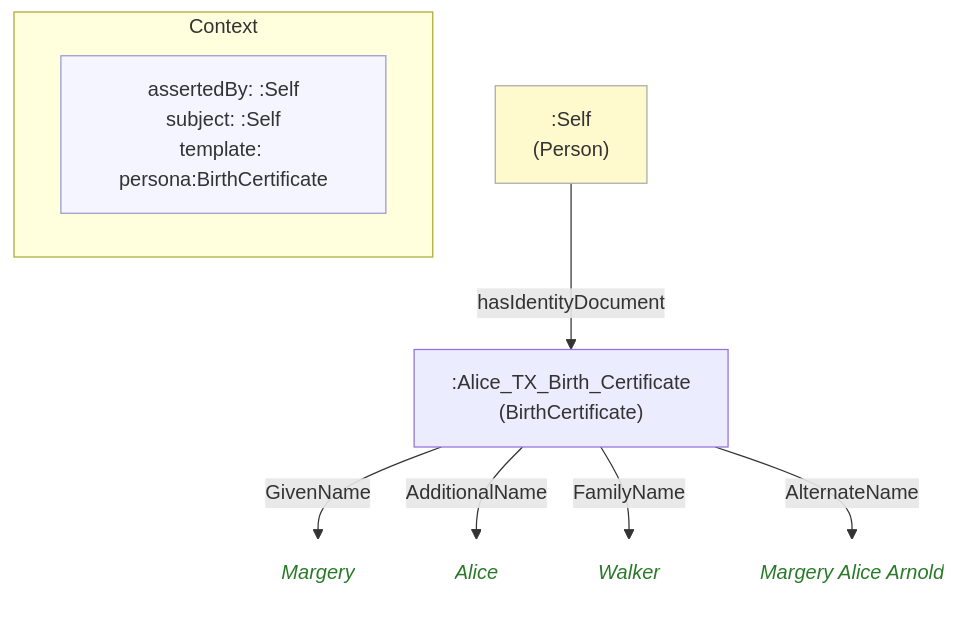
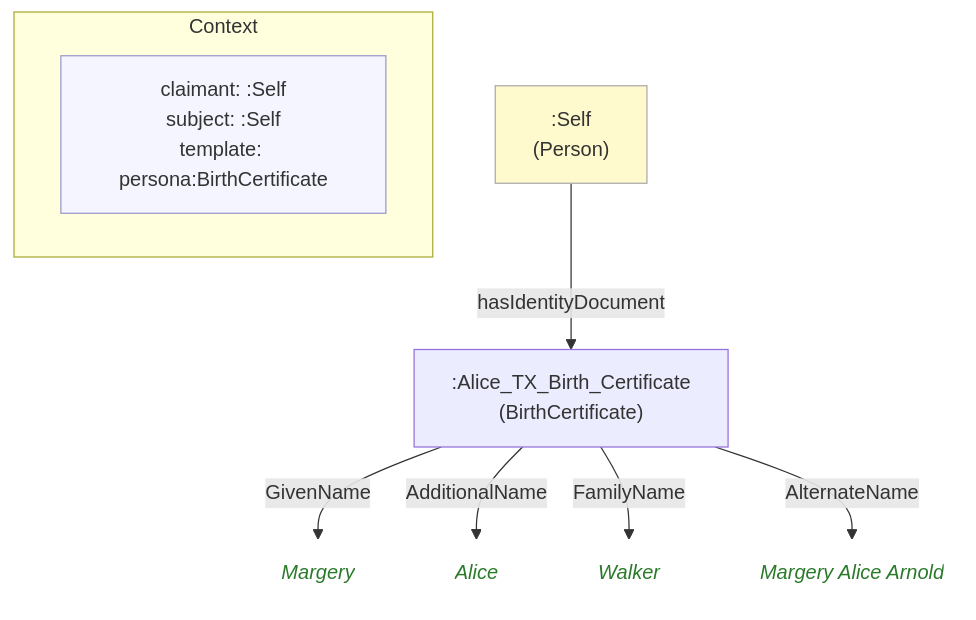
One commit to MeeFoundation/mia-ontologies changed the diagram in example/contexts/images/self.self(texas-vital-records)(state)(24).mmd. Above: the diagram before and after it, drawn with Mermaid. The commit also changed 109 other files, not shown here.

First line of the commit message:
Rename context:assertedBy to context:claimant

```diff
--- a/example/contexts/images/self.self(texas-vital-records)(state)(24).mmd
+++ b/example/contexts/images/self.self(texas-vital-records)(state)(24).mmd
@@ -1,24 +1,24 @@
 flowchart TD
     classDef person fill:#fffacd,stroke:#aaa,color:#333
     classDef grp    fill:#d4edda,stroke:#aaa,color:#333
     classDef org    fill:#cce5ff,stroke:#aaa,color:#333
     classDef lit    fill:none,stroke:none,font-style:italic,color:#2a7a2a
     classDef meta   fill:#f5f5ff,stroke:#9999cc,color:#333
 
     subgraph ctx["Context"]
         direction LR
-        ctx_meta["assertedBy: :Self\nsubject: :Self\ntemplate: persona:BirthCertificate"]:::meta
+        ctx_meta["claimant: :Self\nsubject: :Self\ntemplate: persona:BirthCertificate"]:::meta
     end
 
     n0b5b9e968f7f[":Alice_TX_Birth_Certificate\n(BirthCertificate)"]
-    neb3e99a882d7("Margery"):::lit
-    n671b38b07327("Alice"):::lit
-    n7fd44628509e("Walker"):::lit
-    n82a89e189ce5("Margery Alice Arnold"):::lit
+    na1f270a598d2("Margery"):::lit
+    n8cca5f838be4("Alice"):::lit
+    n478712c1e7c7("Walker"):::lit
+    n194b229fb51b("Margery Alice Arnold"):::lit
     ne0c3ba92f1db[":Self\n(Person)"]:::person
 
-    n0b5b9e968f7f -->|"GivenName"| neb3e99a882d7
-    n0b5b9e968f7f -->|"AdditionalName"| n671b38b07327
-    n0b5b9e968f7f -->|"FamilyName"| n7fd44628509e
-    n0b5b9e968f7f -->|"AlternateName"| n82a89e189ce5
+    n0b5b9e968f7f -->|"GivenName"| na1f270a598d2
+    n0b5b9e968f7f -->|"AdditionalName"| n8cca5f838be4
+    n0b5b9e968f7f -->|"FamilyName"| n478712c1e7c7
+    n0b5b9e968f7f -->|"AlternateName"| n194b229fb51b
     ne0c3ba92f1db -->|"hasIdentityDocument"| n0b5b9e968f7f
```
